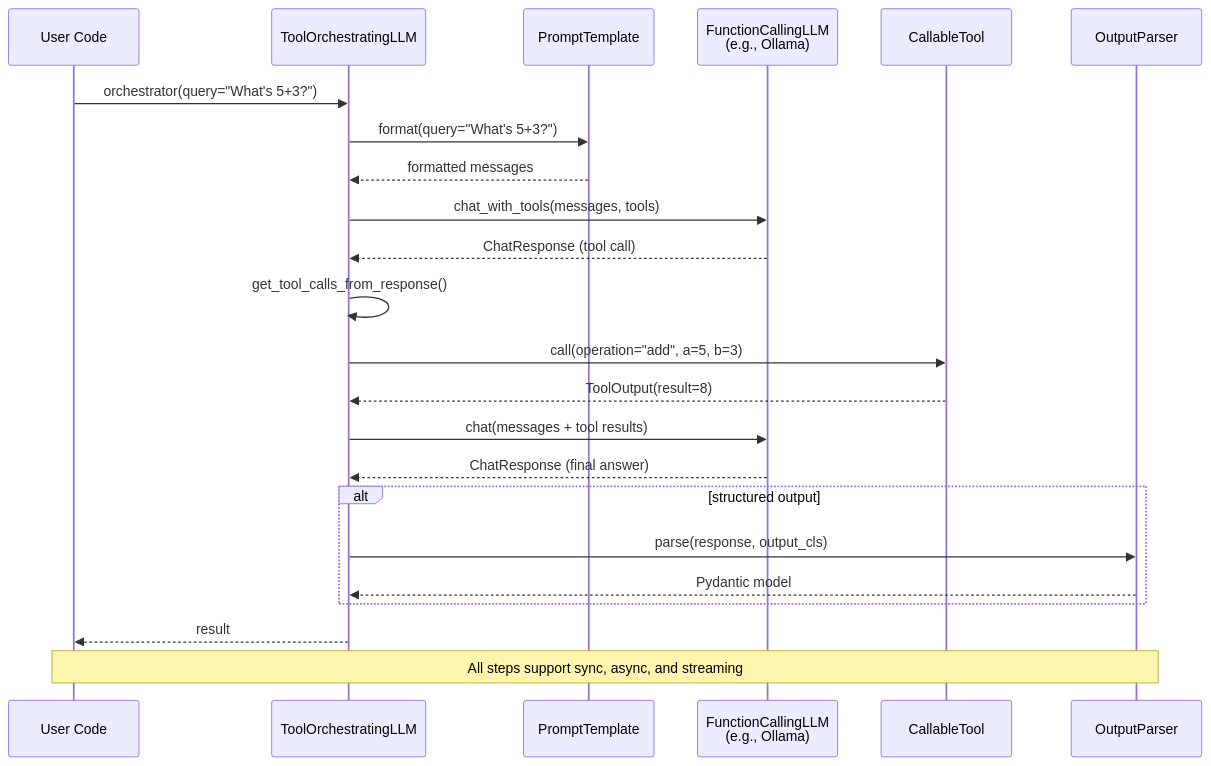
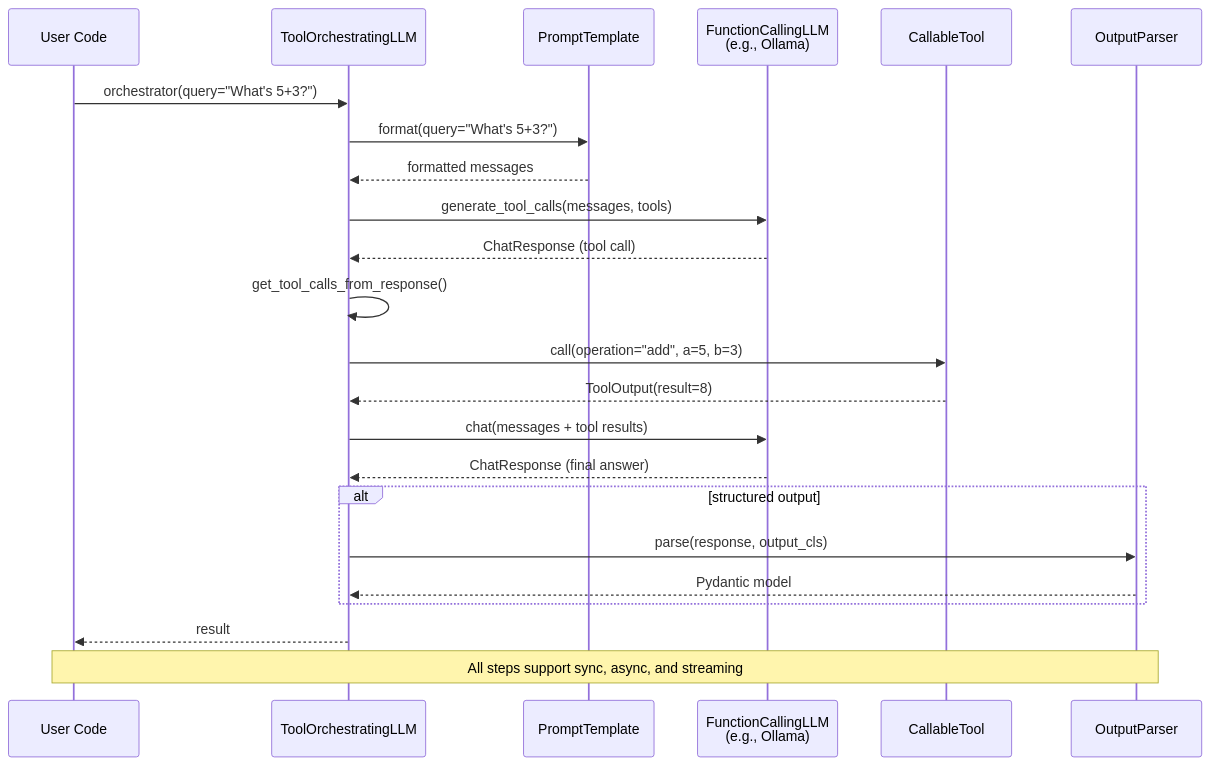
Before and after one commit to Serapieum-of-alex/serapeum: the fourth of 5 diagrams in docs/overview/core-package.md, drawn with Mermaid. The commit also changed other lines of this file and 55 other files, not shown here.

````diff
--- a/docs/overview/core-package.md
+++ b/docs/overview/core-package.md
@@ -473,27 +457,27 @@
 ```mermaid
 sequenceDiagram
     participant User as User Code
     participant Orch as ToolOrchestratingLLM
     participant Prompt as PromptTemplate
     participant LLM as FunctionCallingLLM<br/>(e.g., Ollama)
     participant Tool as CallableTool
     participant Parser as OutputParser
 
     User->>Orch: orchestrator(query="What's 5+3?")
     Orch->>Prompt: format(query="What's 5+3?")
     Prompt-->>Orch: formatted messages
-    Orch->>LLM: chat_with_tools(messages, tools)
+    Orch->>LLM: generate_tool_calls(messages, tools)
     LLM-->>Orch: ChatResponse (tool call)
     Orch->>Orch: get_tool_calls_from_response()
     Orch->>Tool: call(operation="add", a=5, b=3)
     Tool-->>Orch: ToolOutput(result=8)
     Orch->>LLM: chat(messages + tool results)
     LLM-->>Orch: ChatResponse (final answer)
     alt structured output
         Orch->>Parser: parse(response, output_cls)
         Parser-->>Orch: Pydantic model
     end
     Orch-->>User: result
 
     Note over User,Parser: All steps support sync, async, and streaming
 ```
````
